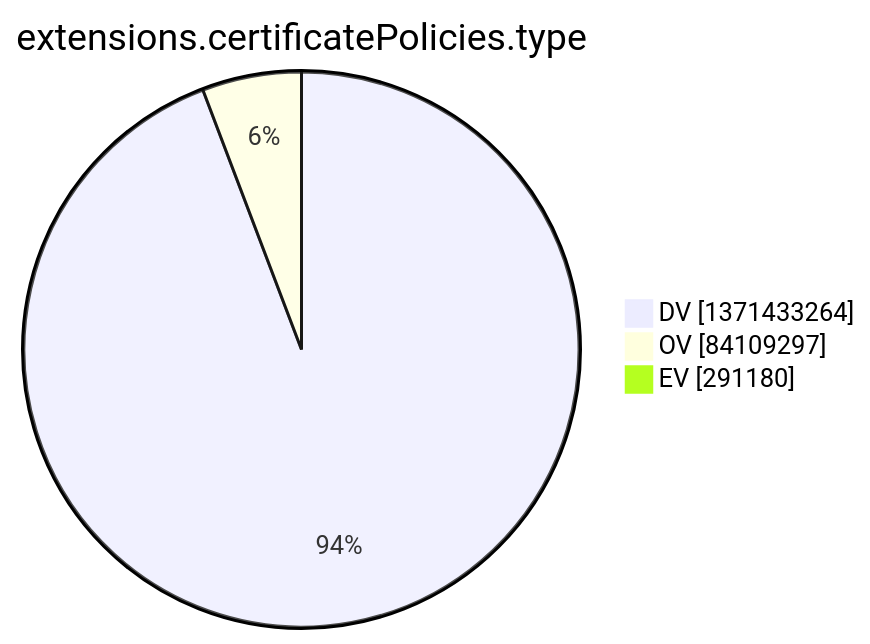
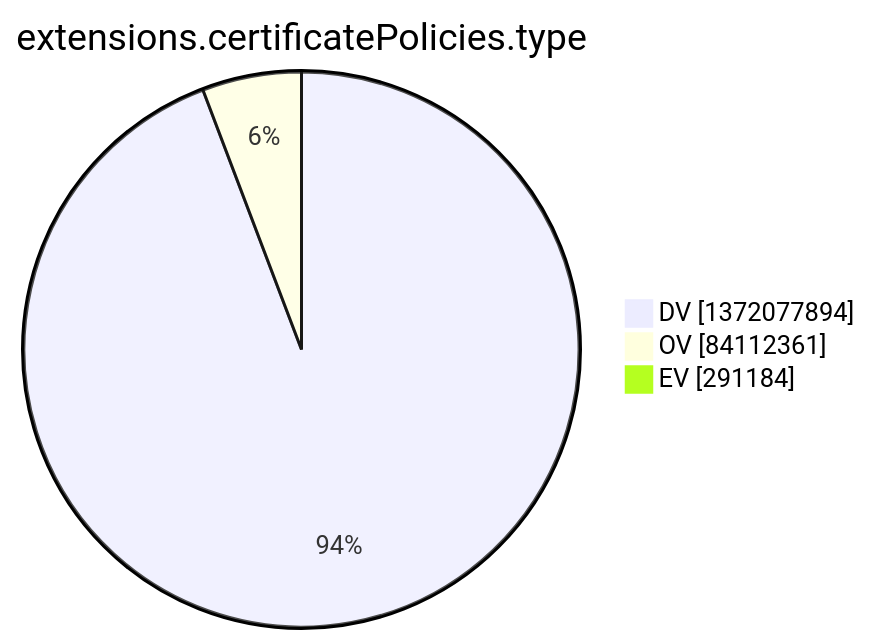
One commit to christiankrug/ctmonitor_visualization changed the tenth of 15 diagrams in argon2022/README.md. Above: the diagram before and after it, drawn with Mermaid. The commit also changed other lines of this file, not shown here.

````diff
--- a/argon2022/README.md
+++ b/argon2022/README.md
@@ -2773,7 +2773,7 @@
 ```mermaid
 pie showData
 title extensions.certificatePolicies.type
-"DV" :1371433264
-"OV" :84109297
-"EV" :291180
+"DV" :1372077894
+"OV" :84112361
+"EV" :291184
 ```
````
